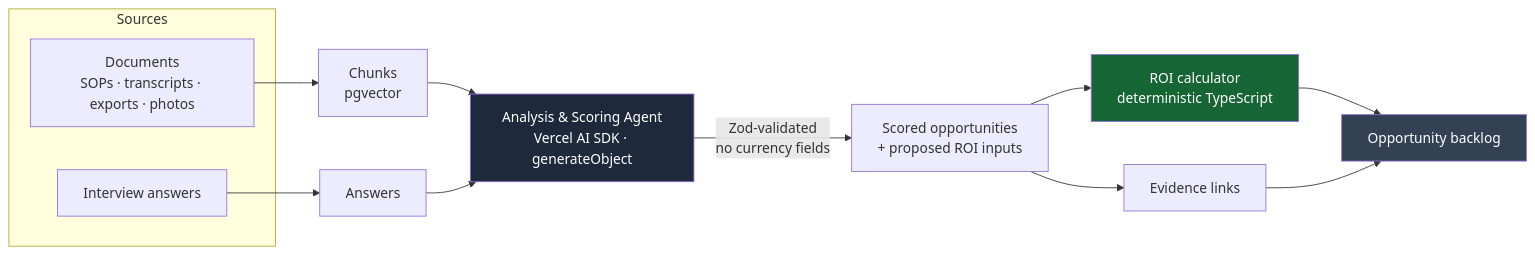
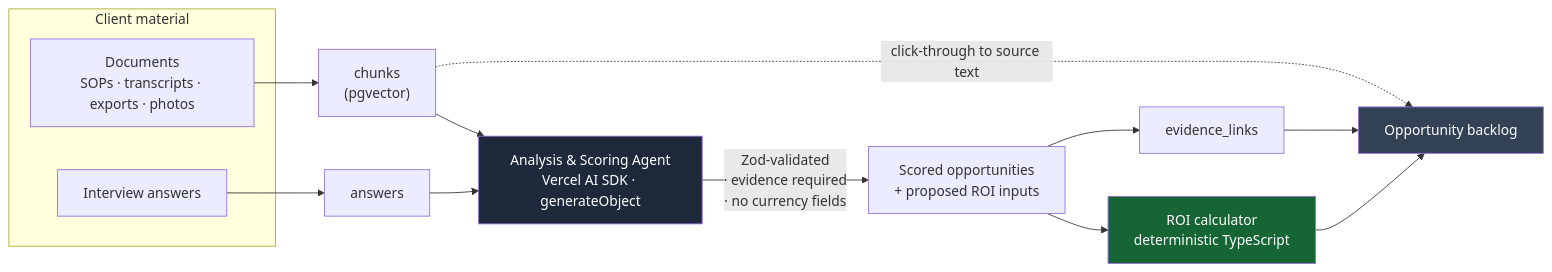
The diagram in README.md (meekch/vedette), drawn with Mermaid before and after one commit. The commit also changed other lines of this file and 5 other files, not shown here.

````diff
--- a/README.md
+++ b/README.md
@@ -48,25 +46,26 @@
 ```mermaid
 flowchart LR
-  subgraph Sources
-    D[Documents<br/>SOPs · transcripts · exports · photos]
-    I[Interview answers]
+  subgraph Sources["Client material"]
+    D["Documents<br/>SOPs · transcripts · exports · photos"]
+    I["Interview answers"]
   end
 
-  D --> C[Chunks<br/>pgvector]
-  I --> A[Answers]
+  D --> C["chunks<br/>(pgvector)"]
+  I --> A["answers"]
 
-  C --> AG[Analysis &amp; Scoring Agent<br/>Vercel AI SDK · generateObject]
+  C --> AG["Analysis &amp; Scoring Agent<br/>Vercel AI SDK · generateObject"]
   A --> AG
 
-  AG -->|Zod-validated<br/>no currency fields| P[Scored opportunities<br/>+ proposed ROI inputs]
+  AG -->|"Zod-validated<br/>· evidence required<br/>· no currency fields"| P["Scored opportunities<br/>+ proposed ROI inputs"]
 
-  P --> ROI[ROI calculator<br/>deterministic TypeScript]
-  P --> EV[Evidence links]
+  P --> ROI["ROI calculator<br/>deterministic TypeScript"]
+  P --> EV["evidence_links"]
 
-  ROI --> UI[Opportunity backlog]
+  ROI --> UI["Opportunity backlog"]
   EV --> UI
+  C -.->|"click-through to source text"| UI
 
   style AG fill:#1e293b,color:#fff
   style ROI fill:#166534,color:#fff
   style UI fill:#334155,color:#fff
 ```
````
